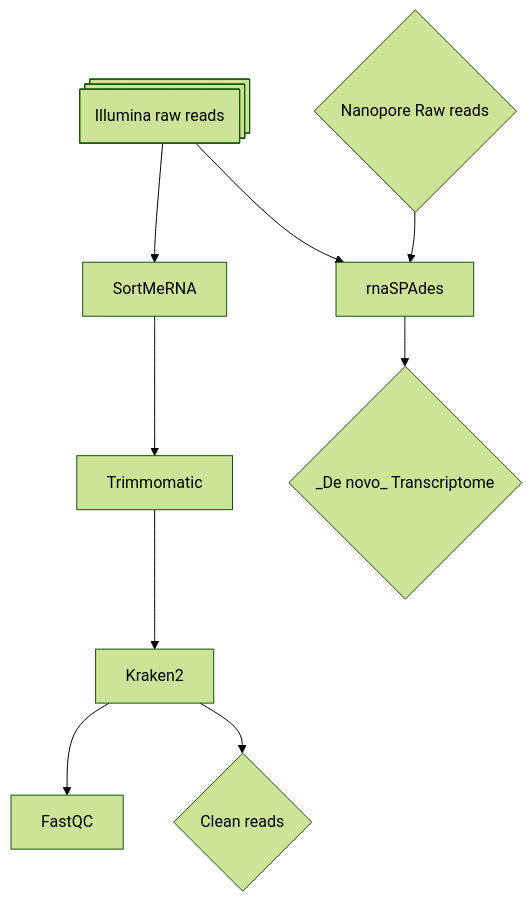
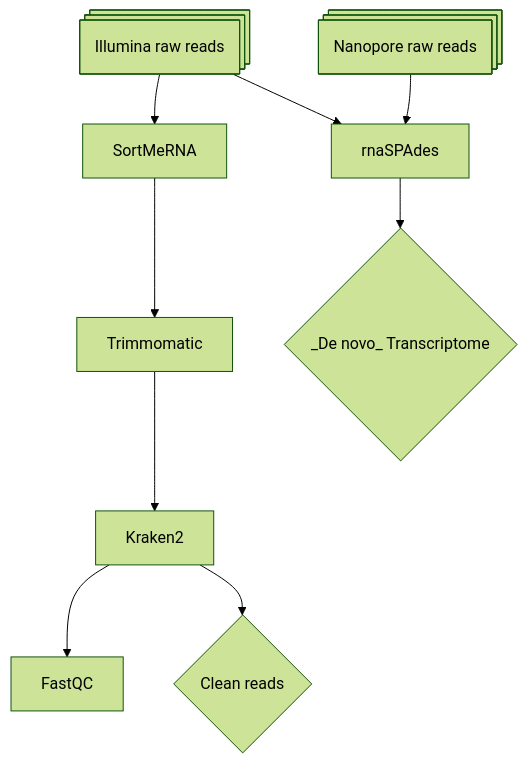
Before and after one commit to kuprinak/Phragmites_drought_RNAseq: the diagram in README.md, drawn with Mermaid (forest theme).

````diff
--- a/README.md
+++ b/README.md
@@ -6,12 +6,12 @@
 ```mermaid
 flowchart TB
     A@{shape: procs, label: "Illumina raw reads"} --> B[SortMeRNA];
     B --> C[Trimmomatic];
     C --> D[Kraken2];
     D --> E[FastQC];
     D --> F{Clean reads};
     A --> G[rnaSPAdes];
-    AA{Nanopore Raw reads} --> G[rnaSPAdes];
+    AA@{shape: procs, label: "Nanopore raw reads"} --> G[rnaSPAdes];
     G --> T{_De novo_ Transcriptome};
     
 ```
````
